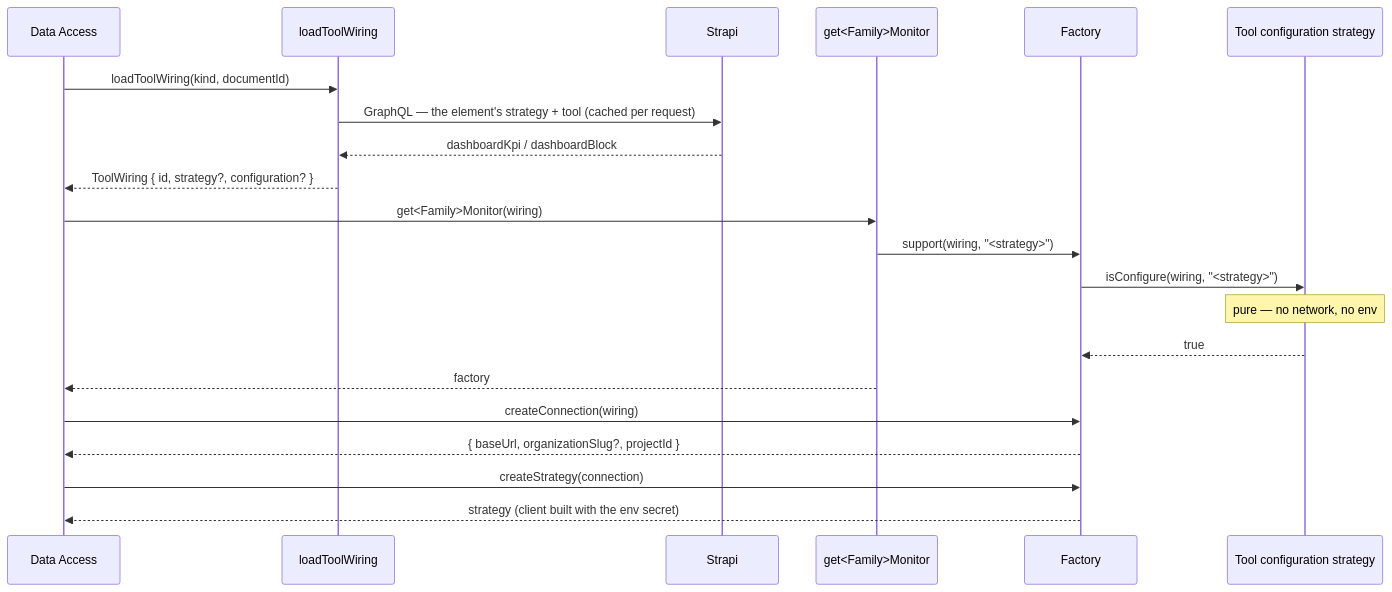
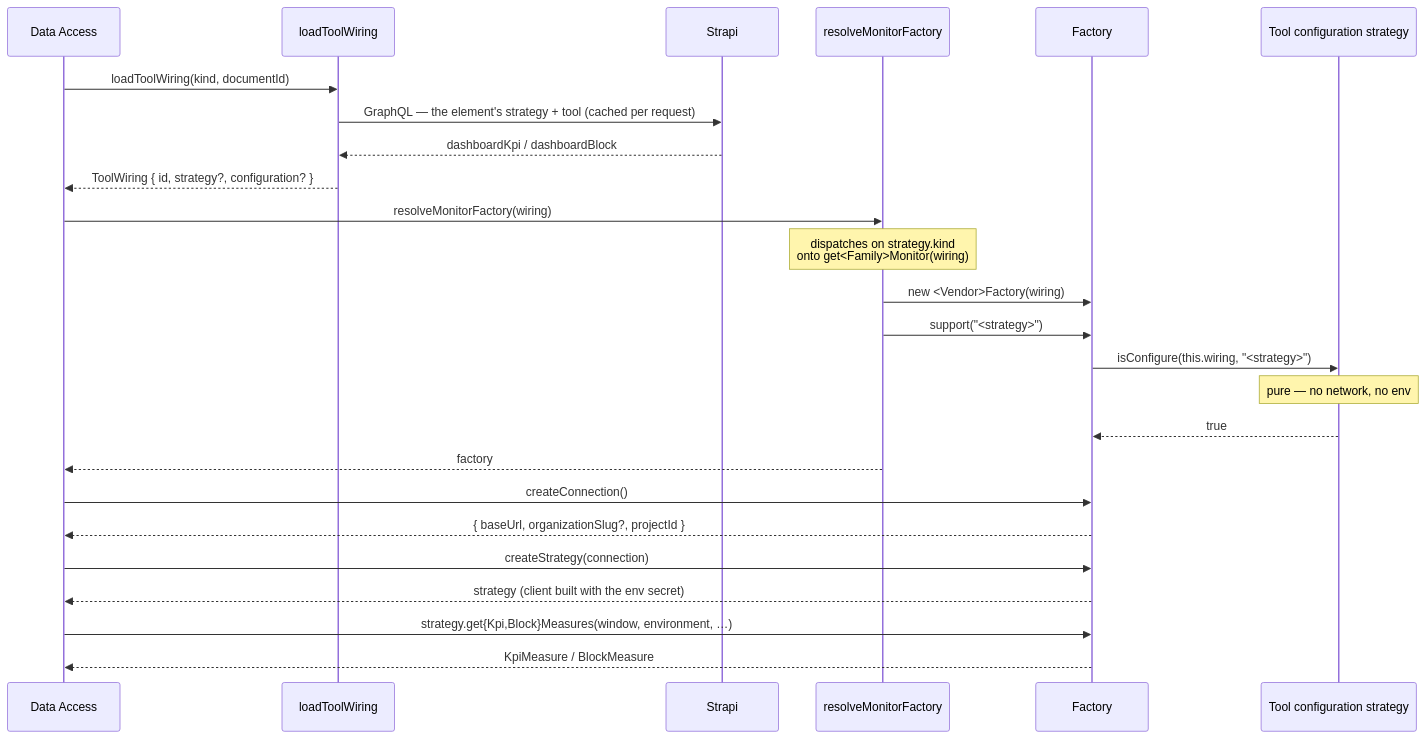
The third of 11 diagrams in apps/docs-site/docs/data-flow.md (webteamuxco/dashboard-monitor), drawn with Mermaid before and after one commit. The commit also changed other lines of this file and 6 other files, not shown here.

````diff
--- a/apps/docs-site/docs/data-flow.md
+++ b/apps/docs-site/docs/data-flow.md
@@ -66,27 +66,32 @@
 ```mermaid
 sequenceDiagram
     participant DA as Data Access
     participant Load as loadToolWiring
     participant Strapi
-    participant Get as get<Family>Monitor
+    participant Get as resolveMonitorFactory
     participant Factory
     participant Cfg as Tool configuration strategy
 
     DA->>Load: loadToolWiring(kind, documentId)
     Load->>Strapi: GraphQL — the element's strategy + tool (cached per request)
     Strapi-->>Load: dashboardKpi / dashboardBlock
     Load-->>DA: ToolWiring { id, strategy?, configuration? }
 
-    DA->>Get: get<Family>Monitor(wiring)
-    Get->>Factory: support(wiring, "<strategy>")
-    Factory->>Cfg: isConfigure(wiring, "<strategy>")
+    DA->>Get: resolveMonitorFactory(wiring)
+    Note over Get: dispatches on strategy.kind<br/>onto get<Family>Monitor(wiring)
+    Get->>Factory: new <Vendor>Factory(wiring)
+    Get->>Factory: support("<strategy>")
+    Factory->>Cfg: isConfigure(this.wiring, "<strategy>")
     Note over Cfg: pure — no network, no env
     Cfg-->>Factory: true
     Get-->>DA: factory
 
-    DA->>Factory: createConnection(wiring)
+    DA->>Factory: createConnection()
     Factory-->>DA: { baseUrl, organizationSlug?, projectId }
 
     DA->>Factory: createStrategy(connection)
     Factory-->>DA: strategy (client built with the env secret)
+
+    DA->>Factory: strategy.get{Kpi,Block}Measures(window, environment, …)
+    Factory-->>DA: KpiMeasure / BlockMeasure
 ```
````
